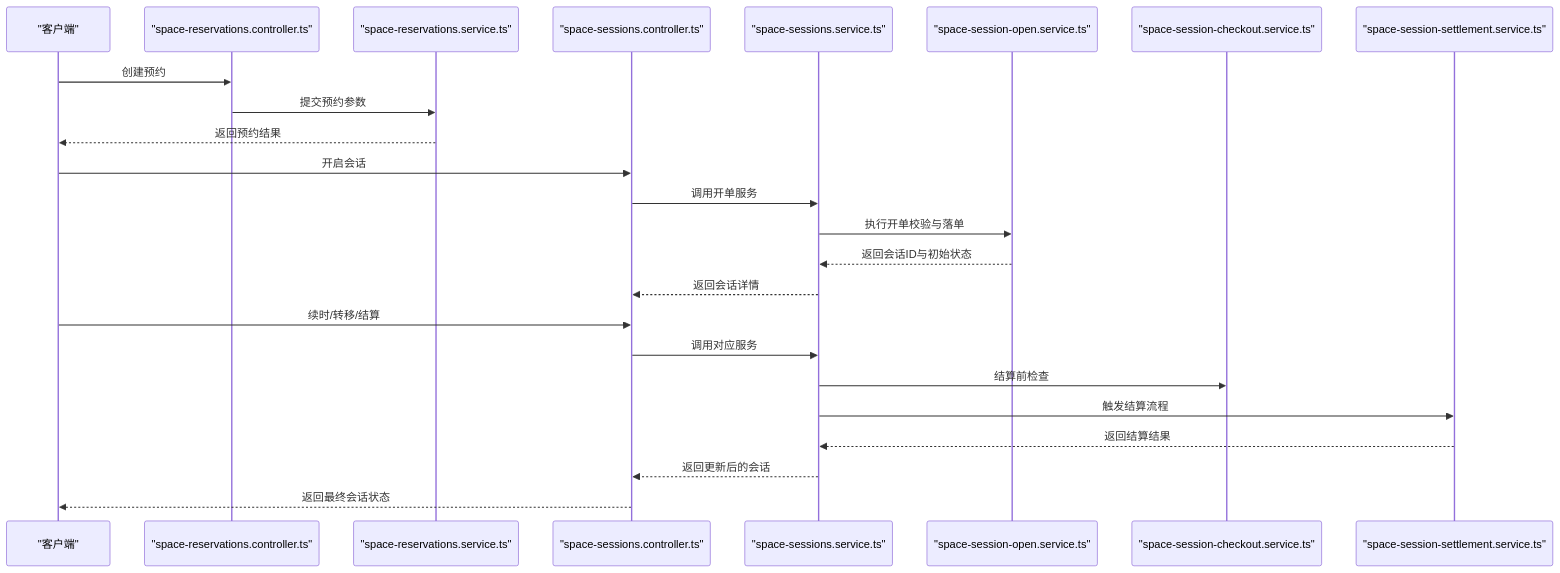
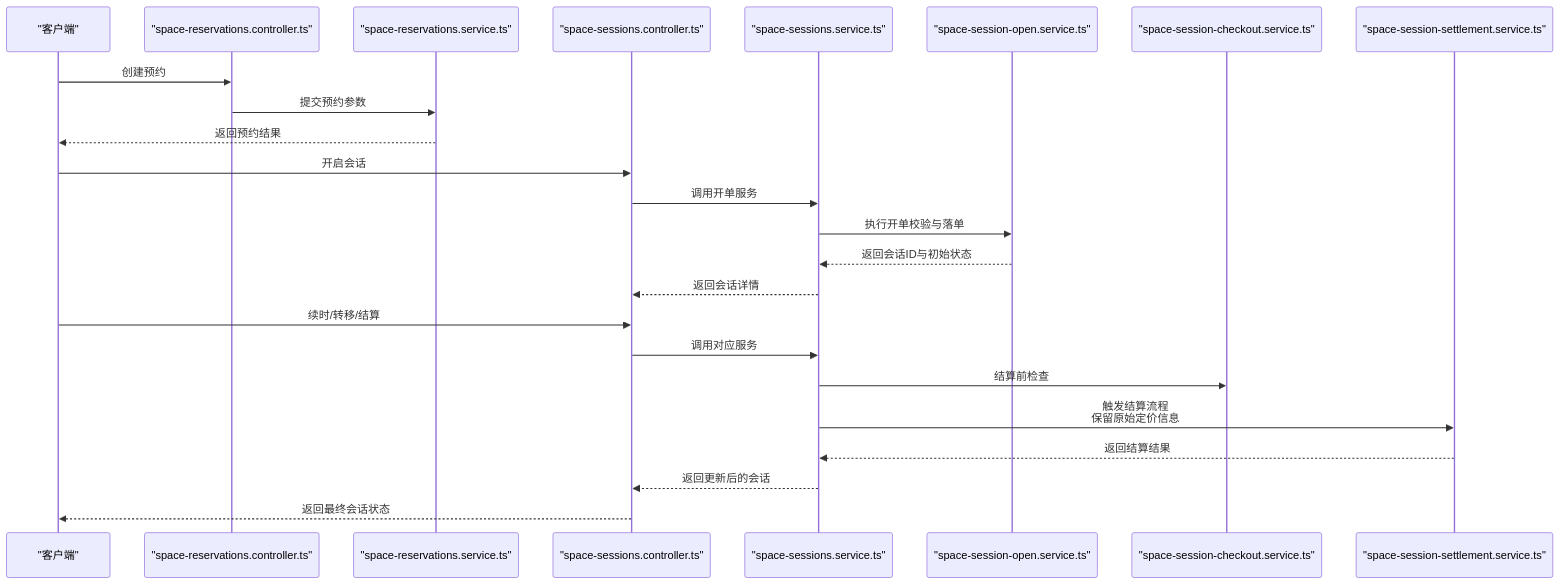
The second of 6 diagrams in .qoder/repowiki/zh/content/业务模块/运营管理模块/空间管理.md (rc558620/purelyprofit-server), drawn with Mermaid before and after one commit. The commit also changed other lines of this file and 65 other files, not shown here.

````diff
--- a/.qoder/repowiki/zh/content/业务模块/运营管理模块/空间管理.md
+++ b/.qoder/repowiki/zh/content/业务模块/运营管理模块/空间管理.md
@@ -211,26 +221,26 @@
 ```mermaid
 sequenceDiagram
 participant U as "客户端"
 participant RC as "space-reservations.controller.ts"
 participant RS as "space-reservations.service.ts"
 participant SC as "space-sessions.controller.ts"
 participant SS as "space-sessions.service.ts"
 participant OS as "space-session-open.service.ts"
 participant CS as "space-session-checkout.service.ts"
 participant ST as "space-session-settlement.service.ts"
 U->>RC : 创建预约
 RC->>RS : 提交预约参数
 RS-->>U : 返回预约结果
 U->>SC : 开启会话
 SC->>SS : 调用开单服务
 SS->>OS : 执行开单校验与落单
 OS-->>SS : 返回会话ID与初始状态
 SS-->>SC : 返回会话详情
 U->>SC : 续时/转移/结算
 SC->>SS : 调用对应服务
 SS->>CS : 结算前检查
-SS->>ST : 触发结算流程
+SS->>ST : 触发结算流程<br/>保留原始定价信息
 ST-->>SS : 返回结算结果
 SS-->>SC : 返回更新后的会话
 SC-->>U : 返回最终会话状态
 ```
````
